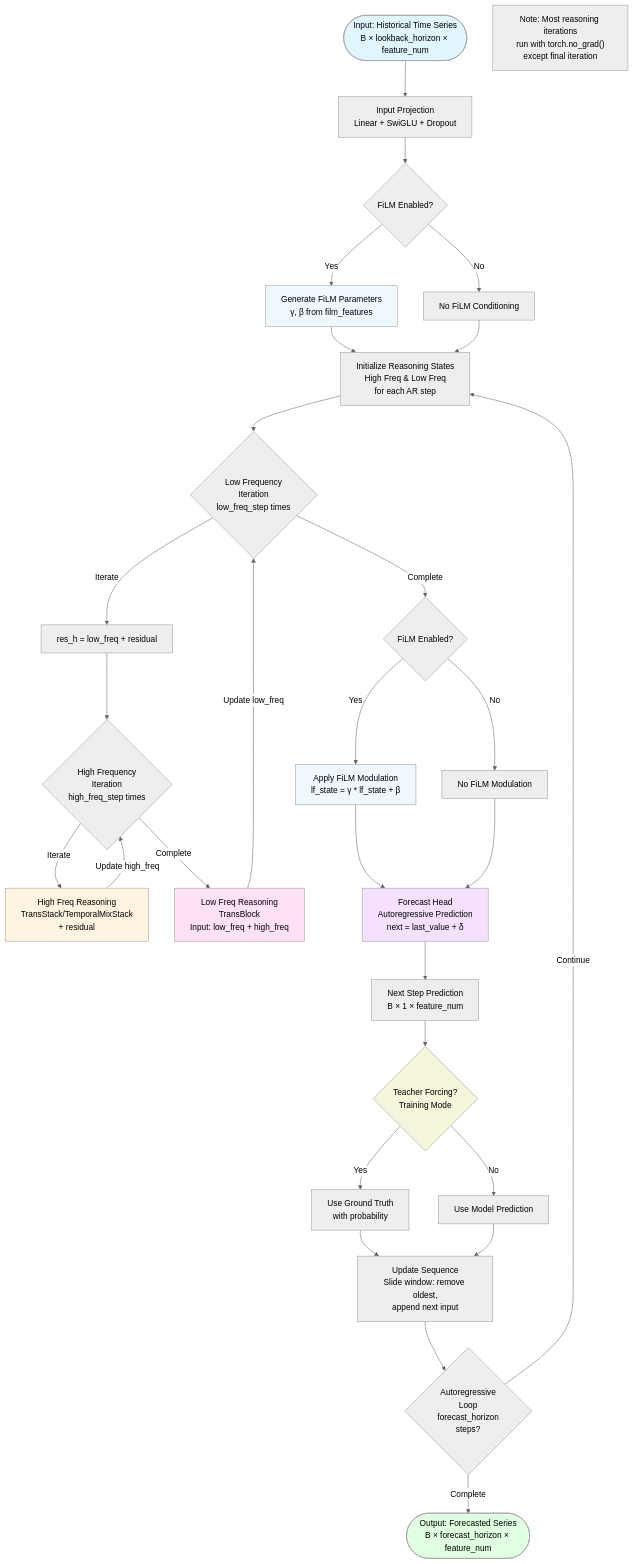
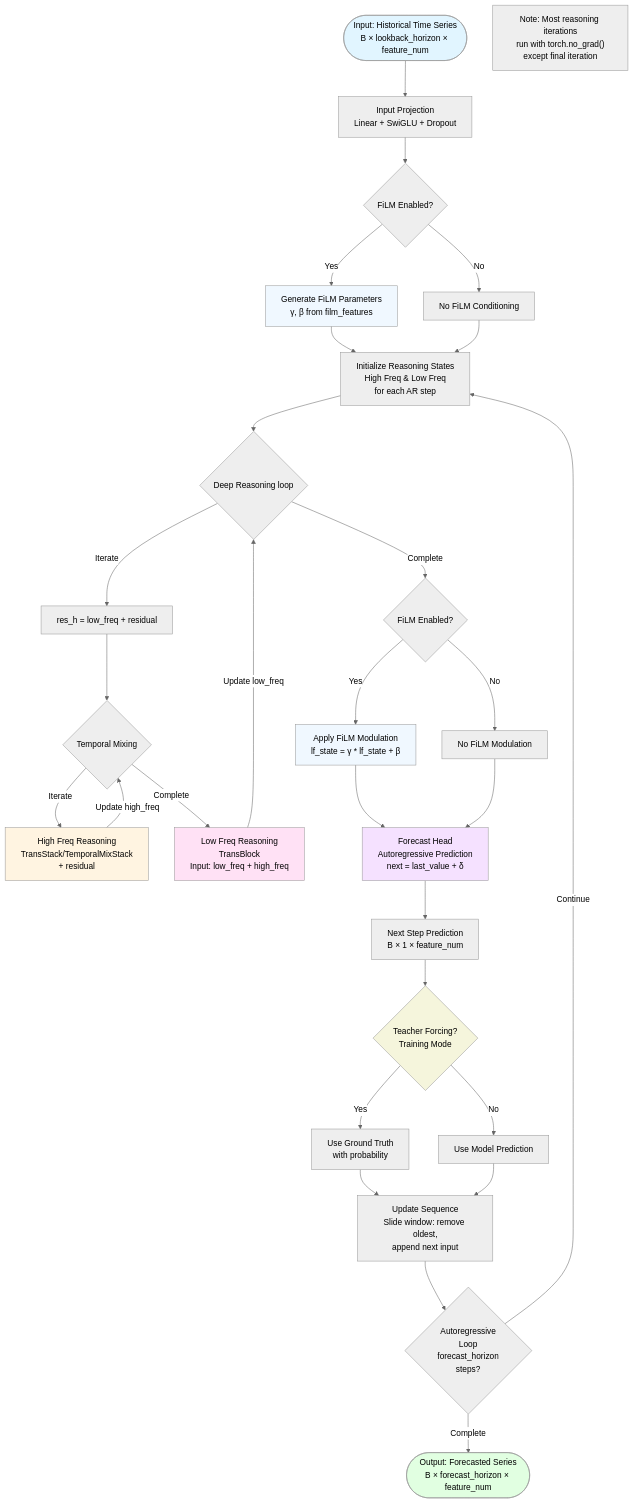
One commit to junduck/overthink changed the diagram in README.md. Above: the diagram before and after it, drawn with Mermaid (neutral theme).

````diff
--- a/README.md
+++ b/README.md
@@ -33,60 +33,60 @@
 ```mermaid
 flowchart TD
     Start([Input: Historical Time Series<br/>B × lookback_horizon × feature_num]) --> InputProj[Input Projection<br/>Linear + SwiGLU + Dropout]
 
     InputProj --> InitFiLM{FiLM Enabled?}
 
     InitFiLM -->|Yes| FiLMMod[Generate FiLM Parameters<br/>γ, β from film_features]
     InitFiLM -->|No| NoFiLM[No FiLM Conditioning]
 
     FiLMMod --> InitStates[Initialize Reasoning States<br/>High Freq & Low Freq<br/>for each AR step]
     NoFiLM --> InitStates
 
-    InitStates --> LoopStart{Low Frequency<br/>Iteration<br/>low_freq_step times}
+    InitStates --> LoopStart{Deep Reasoning loop}
 
     LoopStart -->|Iterate| ResH[res_h = low_freq + residual]
 
-    ResH --> HFLoop{High Frequency<br/>Iteration<br/>high_freq_step times}
+    ResH --> HFLoop{Temporal Mixing}
 
     HFLoop -->|Iterate| HFReasoning[High Freq Reasoning<br/>TransStack/TemporalMixStack<br/>+ residual]
     HFReasoning -->|Update high_freq| HFLoop
 
     HFLoop -->|Complete| LFReasoning[Low Freq Reasoning<br/>TransBlock<br/>Input: low_freq + high_freq]
 
     LFReasoning -->|Update low_freq| LoopStart
 
     LoopStart -->|Complete| ApplyFiLM{FiLM Enabled?}
 
     ApplyFiLM -->|Yes| FiLMApply[Apply FiLM Modulation<br/>lf_state = γ * lf_state + β]
     ApplyFiLM -->|No| NoFiLMApply[No FiLM Modulation]
 
     FiLMApply --> Forecast[Forecast Head<br/>Autoregressive Prediction<br/>next = last_value + δ]
     NoFiLMApply --> Forecast
 
     Forecast --> Prediction[Next Step Prediction<br/>B × 1 × feature_num]
 
     Prediction --> TeacherForce{Teacher Forcing?<br/>Training Mode}
 
     TeacherForce -->|Yes| UseTruth[Use Ground Truth<br/>with probability]
     TeacherForce -->|No| UsePred[Use Model Prediction]
 
     UseTruth --> UpdateSeq[Update Sequence<br/>Slide window: remove oldest,<br/>append next input]
     UsePred --> UpdateSeq
 
     UpdateSeq --> ARLoop{Autoregressive<br/>Loop<br/>forecast_horizon<br/>steps?}
 
     ARLoop -->|Continue| InitStates
     ARLoop -->|Complete| Output([Output: Forecasted Series<br/>B × forecast_horizon × feature_num])
 
     %% Note about no_grad for most reasoning iterations
     Note1["Note: Most reasoning iterations<br/>run with torch.no_grad()<br/>except final iteration"]
 
     style Start fill:#e1f5ff
     style Output fill:#e1ffe1
     style HFReasoning fill:#fff4e1
     style LFReasoning fill:#ffe1f5
     style Forecast fill:#f5e1ff
     style FiLMMod fill:#f0f8ff
     style FiLMApply fill:#f0f8ff
     style TeacherForce fill:#f5f5dc
 ```
````
